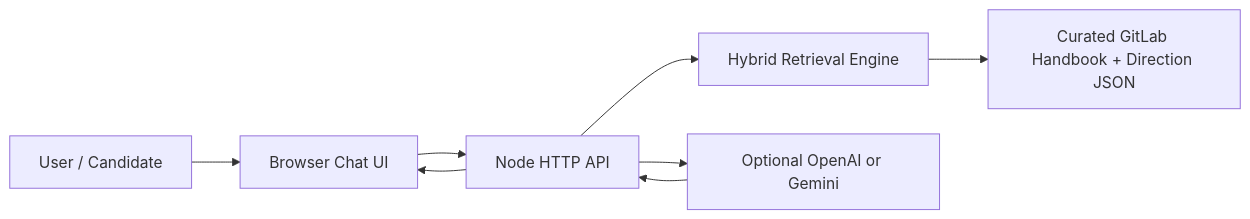
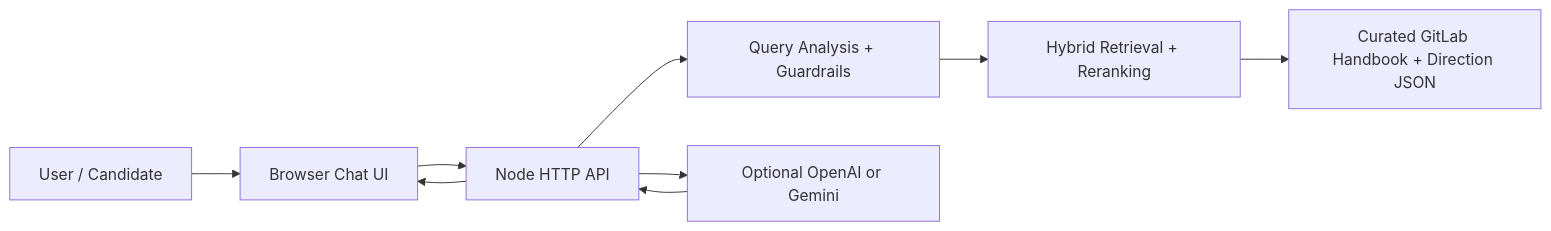
Before and after one commit to palakk19/Gitlab-handbook-chatbot: the diagram in docs/ARCHITECTURE.md, drawn with Mermaid. The commit also changed other lines of this file and 11 other files, not shown here.

Commit message:
Upgrade RAG pipeline with query analysis and answerability checks

````diff
--- a/docs/ARCHITECTURE.md
+++ b/docs/ARCHITECTURE.md
@@ -5,10 +5,11 @@
 ```mermaid
 flowchart LR
   User["User / Candidate"] --> UI["Browser Chat UI"]
   UI --> API["Node HTTP API"]
-  API --> Retrieval["Hybrid Retrieval Engine"]
+  API --> QueryAnalysis["Query Analysis + Guardrails"]
+  QueryAnalysis --> Retrieval["Hybrid Retrieval + Reranking"]
   Retrieval --> KB["Curated GitLab Handbook + Direction JSON"]
   API --> OptionalLLM["Optional OpenAI or Gemini"]
   OptionalLLM --> API
   API --> UI
 ```
````
